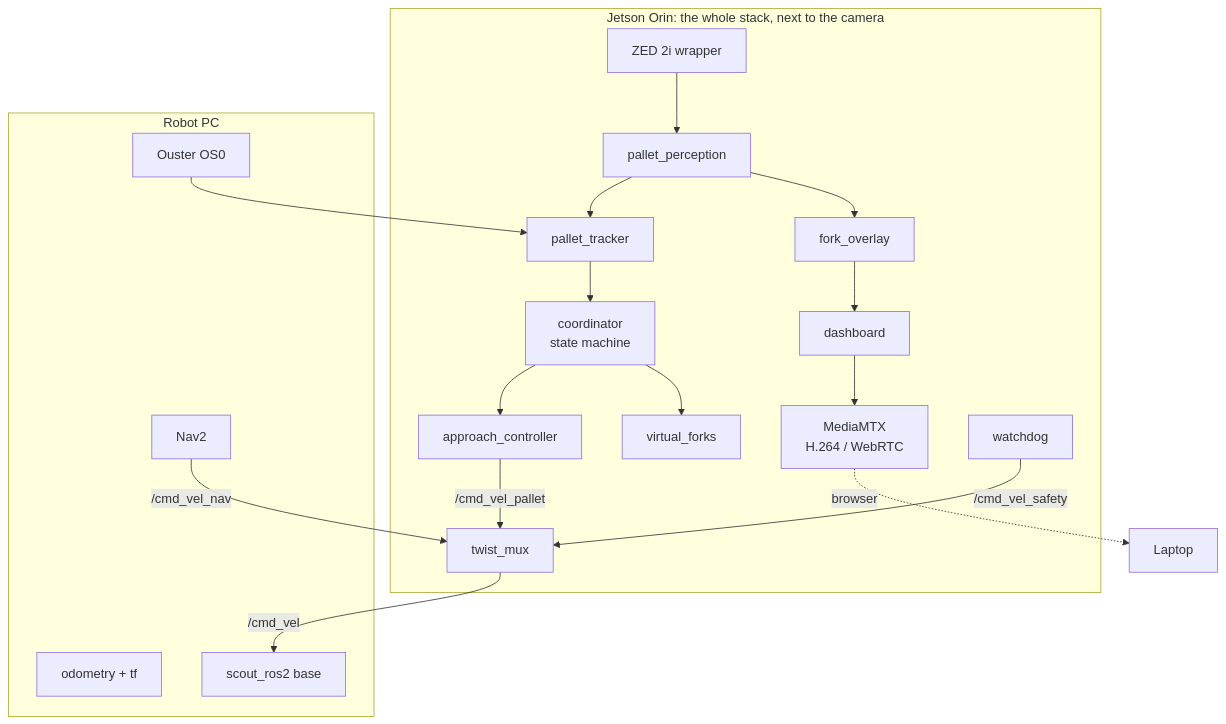
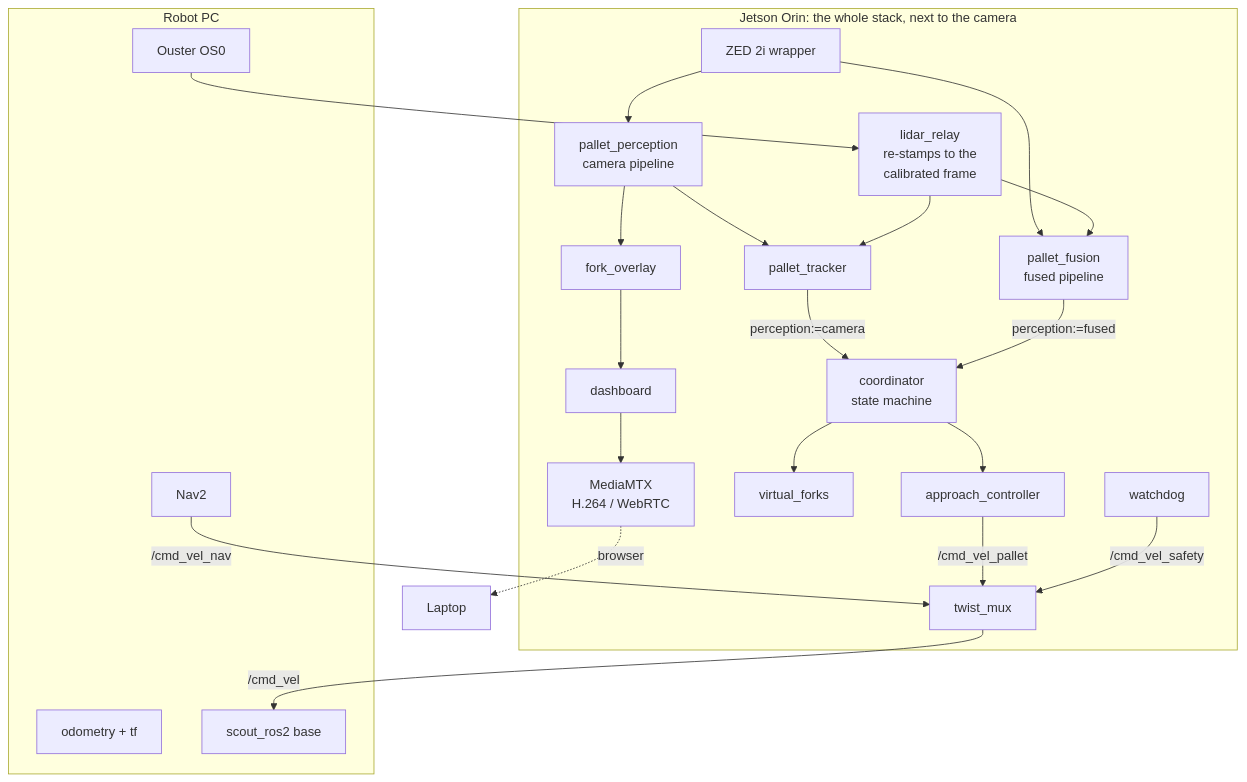
One commit to imkannadiga/pallet-approach-controller changed the third of 4 diagrams in README.md. Above: the diagram before and after it, drawn with Mermaid. The commit also changed other lines of this file, not shown here.

First line of the commit message:
README: calibration, fused perception and the tape-bag results

````diff
--- a/README.md
+++ b/README.md
@@ -140,22 +224,26 @@
 ```mermaid
 flowchart TB
     subgraph JETSON["Jetson Orin: the whole stack, next to the camera"]
-        ZED[ZED 2i wrapper] --> PER[pallet_perception]
+        ZED[ZED 2i wrapper] --> PER[pallet_perception<br/>camera pipeline]
         PER --> TRK[pallet_tracker]
-        TRK --> CO[coordinator<br/>state machine]
+        ZED --> FUS[pallet_fusion<br/>fused pipeline]
+        REL[lidar_relay<br/>re-stamps to the<br/>calibrated frame] --> FUS
+        REL --> TRK
+        TRK -- perception:=camera --> CO[coordinator<br/>state machine]
+        FUS -- perception:=fused --> CO
         CO --> CTL[approach_controller]
         CO --> FK[virtual_forks]
         PER --> OV[fork_overlay] --> DB[dashboard] --> MTX[MediaMTX<br/>H.264 / WebRTC]
         WD[watchdog]
         CTL -- /cmd_vel_pallet --> MUX[twist_mux]
         WD -- /cmd_vel_safety --> MUX
     end
     subgraph PC["Robot PC"]
-        OS[Ouster OS0] --> TRK
+        OS[Ouster OS0] --> REL
         ODOM[odometry + tf]
         NAV[Nav2] -- /cmd_vel_nav --> MUX
         BASE[scout_ros2 base]
     end
     MUX -- /cmd_vel --> BASE
     MTX -. browser .-> LAPTOP[Laptop]
 ```
````
